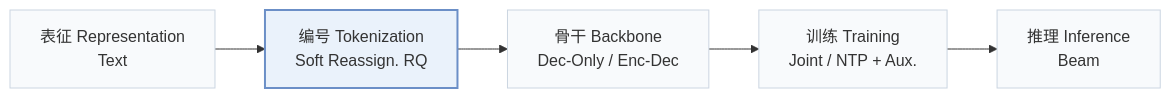
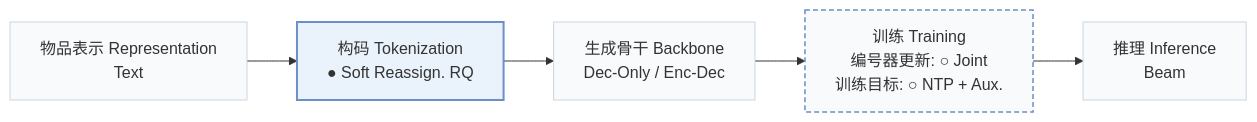
The first of 2 diagrams in pages/zh/papers/tracer.md (Galaxy-ghost/Awesome-SID-Generative-Rec), drawn with Mermaid before and after one commit. The commit also changed other lines of this file and 558 other files, not shown here.

````diff
--- a/pages/zh/papers/tracer.md
+++ b/pages/zh/papers/tracer.md
@@ -15,8 +18,10 @@
 ```mermaid
 flowchart LR
-    R["表征 Representation<br/>Text"] --> T["编号 Tokenization<br/>Soft Reassign. RQ"] --> B["骨干 Backbone<br/>Dec-Only / Enc-Dec"] --> TR["训练 Training<br/>Joint / NTP + Aux."] --> I["推理 Inference<br/>Beam"]
+    R["物品表示 Representation<br/>Text"] --> T["构码 Tokenization<br/>● Soft Reassign. RQ"] --> B["生成骨干 Backbone<br/>Dec-Only / Enc-Dec"] --> TR["训练 Training<br/>编号器更新: ○ Joint<br/>训练目标: ○ NTP + Aux."] --> I["推理 Inference<br/>Beam"]
     classDef base fill:#f8fafc,stroke:#cbd5e1
     class R,T,B,TR,I base
+    classDef other fill:#f8fafc,stroke:#6b8fc7,stroke-width:1.5px,stroke-dasharray:5 3
+    class TR other
     classDef main fill:#eaf2fb,stroke:#6b8fc7,stroke-width:2px
     class T main
 ```
````
